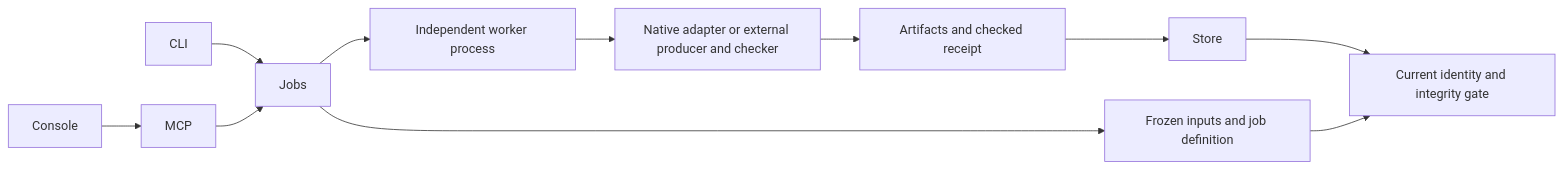
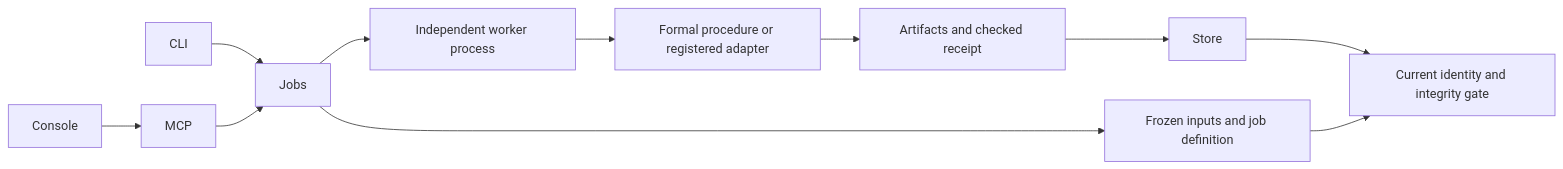
One commit to RoyCoding8/vkit changed the diagram in docs/architecture.md. Above: the diagram before and after it, drawn with Mermaid. The commit also changed other lines of this file and 5 other files, not shown here.

````diff
--- a/docs/architecture.md
+++ b/docs/architecture.md
@@ -7,13 +16,13 @@
 ```mermaid
 flowchart LR
     CLI --> Jobs
     MCP --> Jobs
     Console --> MCP
     Jobs --> Snapshot[Frozen inputs and job definition]
     Jobs --> Worker[Independent worker process]
-    Worker --> Adapter[Native adapter or external producer and checker]
+    Worker --> Adapter[Formal procedure or registered adapter]
     Adapter --> Receipt[Artifacts and checked receipt]
     Receipt --> Store
     Store --> Gate[Current identity and integrity gate]
     Snapshot --> Gate
 ```
````
